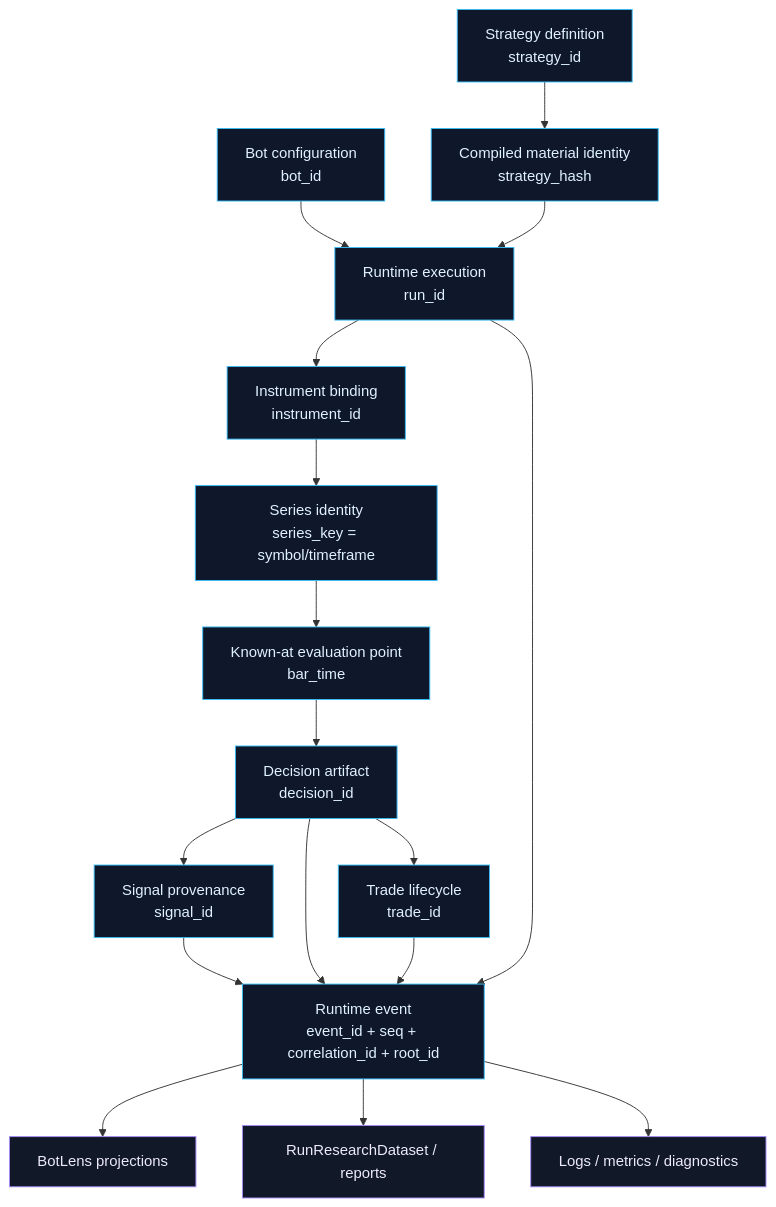
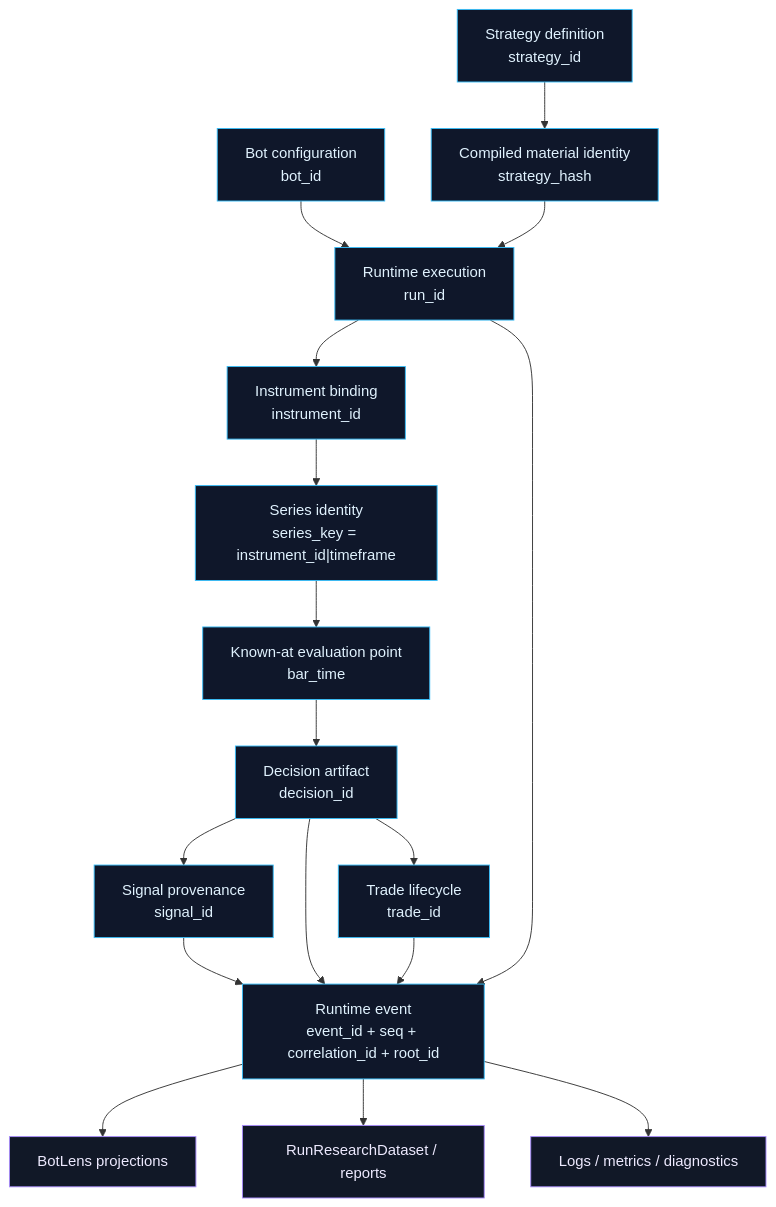
The diagram in docs/architecture/identity/diagrams/identity-key-relationships.mmd (elijahbrookss/quant-trad), drawn with Mermaid before and after one commit. The commit also changed 29 other files, not shown here.

Commit message:
docs: consolidate architecture into current engineering manual

```diff
--- a/docs/architecture/identity/diagrams/identity-key-relationships.mmd
+++ b/docs/architecture/identity/diagrams/identity-key-relationships.mmd
@@ -1,37 +1,37 @@
 flowchart TD
     strategy["Strategy definition<br/>strategy_id"]
     compiled["Compiled material identity<br/>strategy_hash"]
     bot["Bot configuration<br/>bot_id"]
     run["Runtime execution<br/>run_id"]
     instrument["Instrument binding<br/>instrument_id"]
-    series["Series identity<br/>series_key = symbol/timeframe"]
+    series["Series identity<br/>series_key = instrument_id|timeframe"]
     bar["Known-at evaluation point<br/>bar_time"]
     decision["Decision artifact<br/>decision_id"]
     signal["Signal provenance<br/>signal_id"]
     trade["Trade lifecycle<br/>trade_id"]
     event["Runtime event<br/>event_id + seq + correlation_id + root_id"]
     botlens["BotLens projections"]
     reports["RunResearchDataset / reports"]
     logs["Logs / metrics / diagnostics"]
 
     strategy --> compiled
     bot --> run
     compiled --> run
     run --> instrument
     instrument --> series
     series --> bar
     bar --> decision
     decision --> signal
     decision --> trade
     signal --> event
     decision --> event
     trade --> event
     run --> event
     event --> botlens
     event --> reports
     event --> logs
 
     classDef identity fill:#0f172a,stroke:#38bdf8,color:#e0f2fe
     classDef projection fill:#111827,stroke:#a78bfa,color:#ede9fe
     class strategy,compiled,bot,run,instrument,series,bar,decision,signal,trade,event identity
     class botlens,reports,logs projection
```
